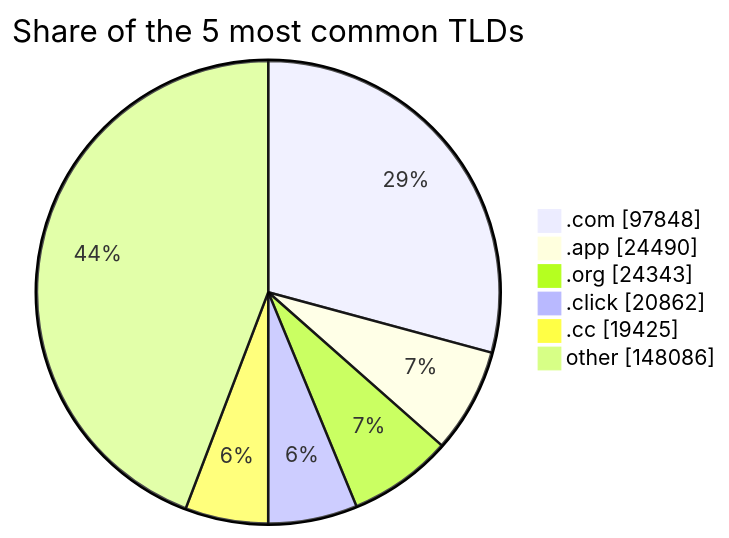
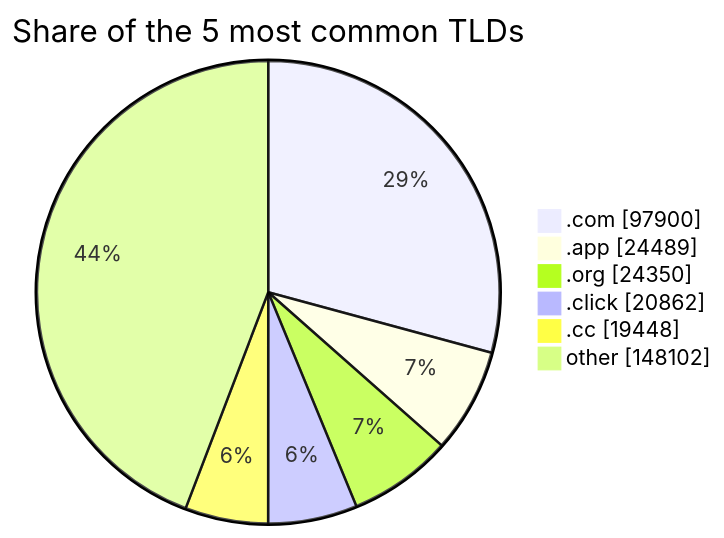
Before and after one commit to DNSBunker/CTI: the third of 3 diagrams in README.md, drawn with Mermaid. The commit also changed other lines of this file and 4 other files, not shown here.

````diff
--- a/README.md
+++ b/README.md
@@ -81,9 +81,9 @@
 ```mermaid
 pie showData title Share of the 5 most common TLDs
-    ".com" : 97848
-    ".app" : 24490
-    ".org" : 24343
+    ".com" : 97900
+    ".app" : 24489
+    ".org" : 24350
     ".click" : 20862
-    ".cc" : 19425
-    "other" : 148086
+    ".cc" : 19448
+    "other" : 148102
 ```
````
